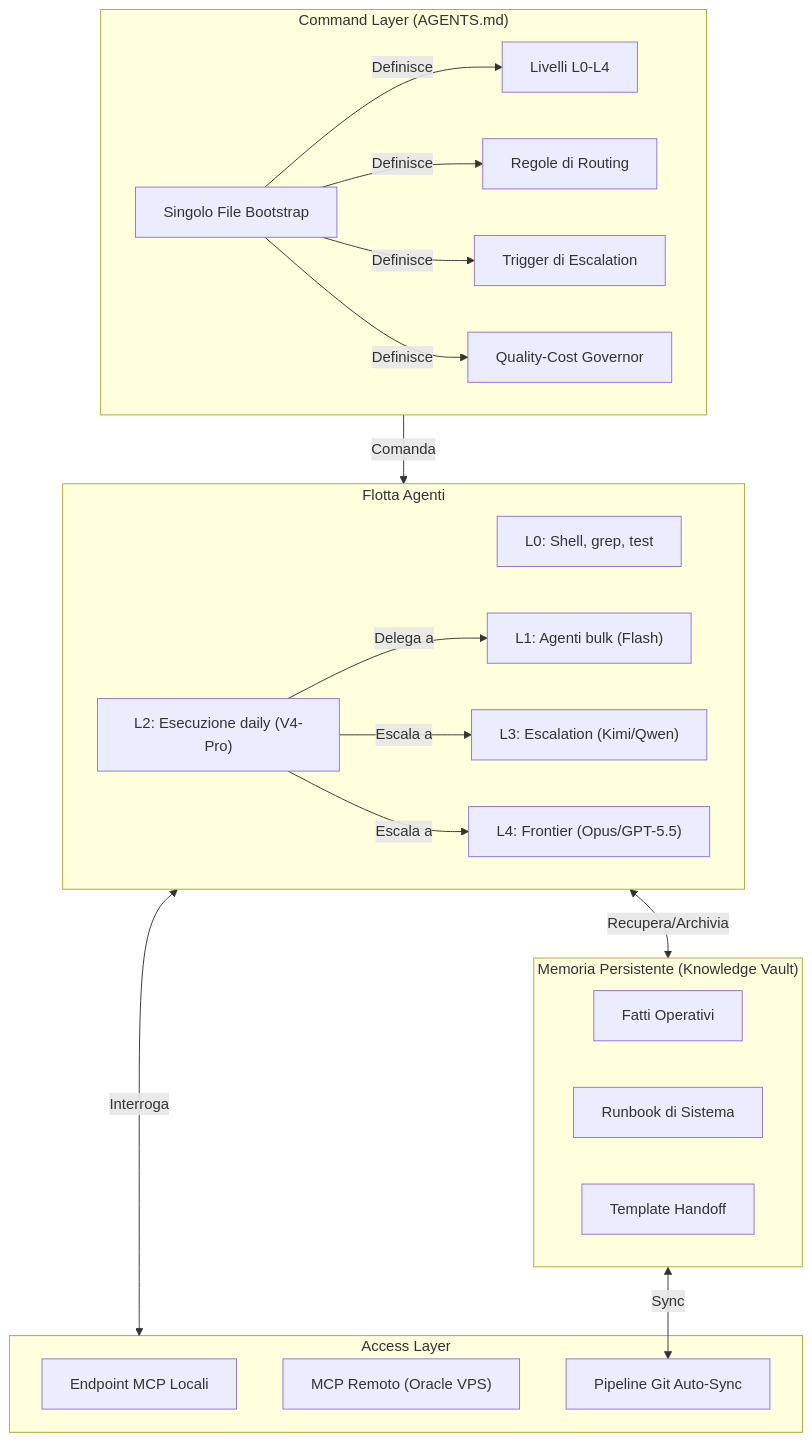
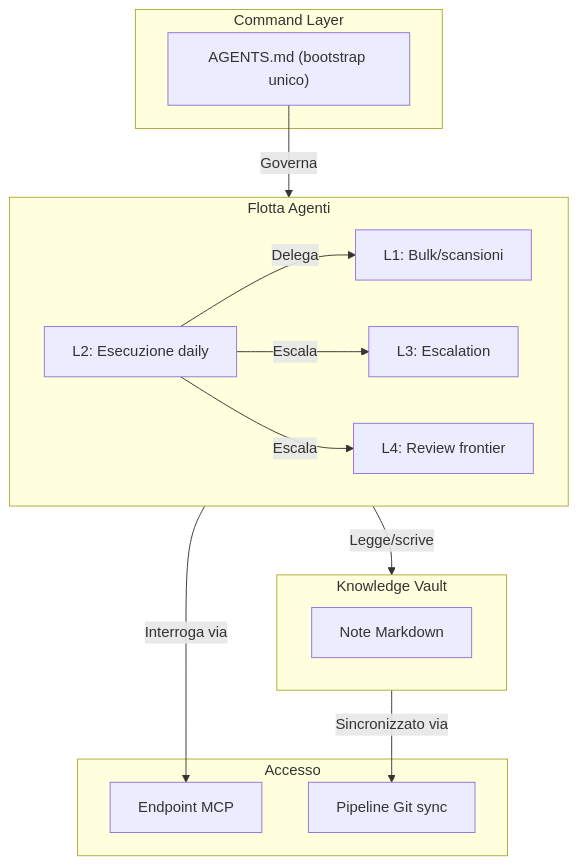
Before and after one commit to matteopasseri407/agentic-ops: the diagram in case-studies/agentic-knowledge-vault-mcp-it.md, drawn with Mermaid. The commit also changed other lines of this file and 2 other files, not shown here.

Commit message:
Tighten vault case study: descriptive not prescriptive, remove tutorial tone

````diff
--- a/case-studies/agentic-knowledge-vault-mcp-it.md
+++ b/case-studies/agentic-knowledge-vault-mcp-it.md
@@ -26,37 +23,30 @@
 ```mermaid
 graph TD
-    subgraph CommandLayer["Command Layer (AGENTS.md)"]
-        Bootstrap["Singolo File Bootstrap"] -->|Definisce| Tiers["Livelli L0-L4"]
-        Bootstrap -->|Definisce| Routing["Regole di Routing"]
-        Bootstrap -->|Definisce| Escalation["Trigger di Escalation"]
-        Bootstrap -->|Definisce| Governor["Quality-Cost Governor"]
+    subgraph Command["Command Layer"]
+        Bootstrap["AGENTS.md (bootstrap unico)"]
     end
 
     subgraph Agents["Flotta Agenti"]
-        L0["L0: Shell, grep, test"]
-        L1["L1: Agenti bulk (Flash)"]
-        L2["L2: Esecuzione daily (V4-Pro)"]
-        L3["L3: Escalation (Kimi/Qwen)"]
-        L4["L4: Frontier (Opus/GPT-5.5)"]
+        L2["L2: Esecuzione daily"]
+        L1["L1: Bulk/scansioni"]
+        L3["L3: Escalation"]
+        L4["L4: Review frontier"]
     end
 
-    subgraph Memory["Memoria Persistente (Knowledge Vault)"]
-        Facts["Fatti Operativi"]
-        Runbooks["Runbook di Sistema"]
-        HandoffTemplates["Template Handoff"]
+    subgraph Memory["Knowledge Vault"]
+        Notes["Note Markdown"]
     end
 
-    subgraph Access["Access Layer"]
-        LocalMCP["Endpoint MCP Locali"]
-        RemoteMCP["MCP Remoto (Oracle VPS)"]
-        GitSync["Pipeline Git Auto-Sync"]
+    subgraph Access["Accesso"]
+        MCP["Endpoint MCP"]
+        Git["Pipeline Git sync"]
     end
 
-    CommandLayer -->|Comanda| Agents
-    Agents <-->|Recupera/Archivia| Memory
-    Memory <-->|Sync| GitSync
-    Agents <-->|Interroga| Access
-    L2 -->|Delega a| L1
-    L2 -->|Escala a| L3
-    L2 -->|Escala a| L4
+    Bootstrap -->|Governa| Agents
+    Agents -->|Legge/scrive| Memory
+    Memory -->|Sincronizzato via| Git
+    Agents -->|Interroga via| MCP
+    L2 -->|Delega| L1
+    L2 -->|Escala| L3
+    L2 -->|Escala| L4
 ```
````
